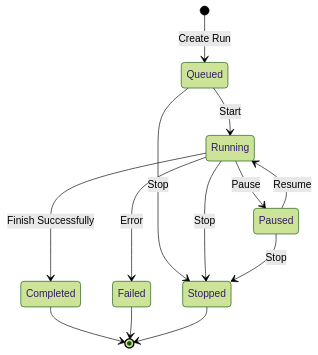
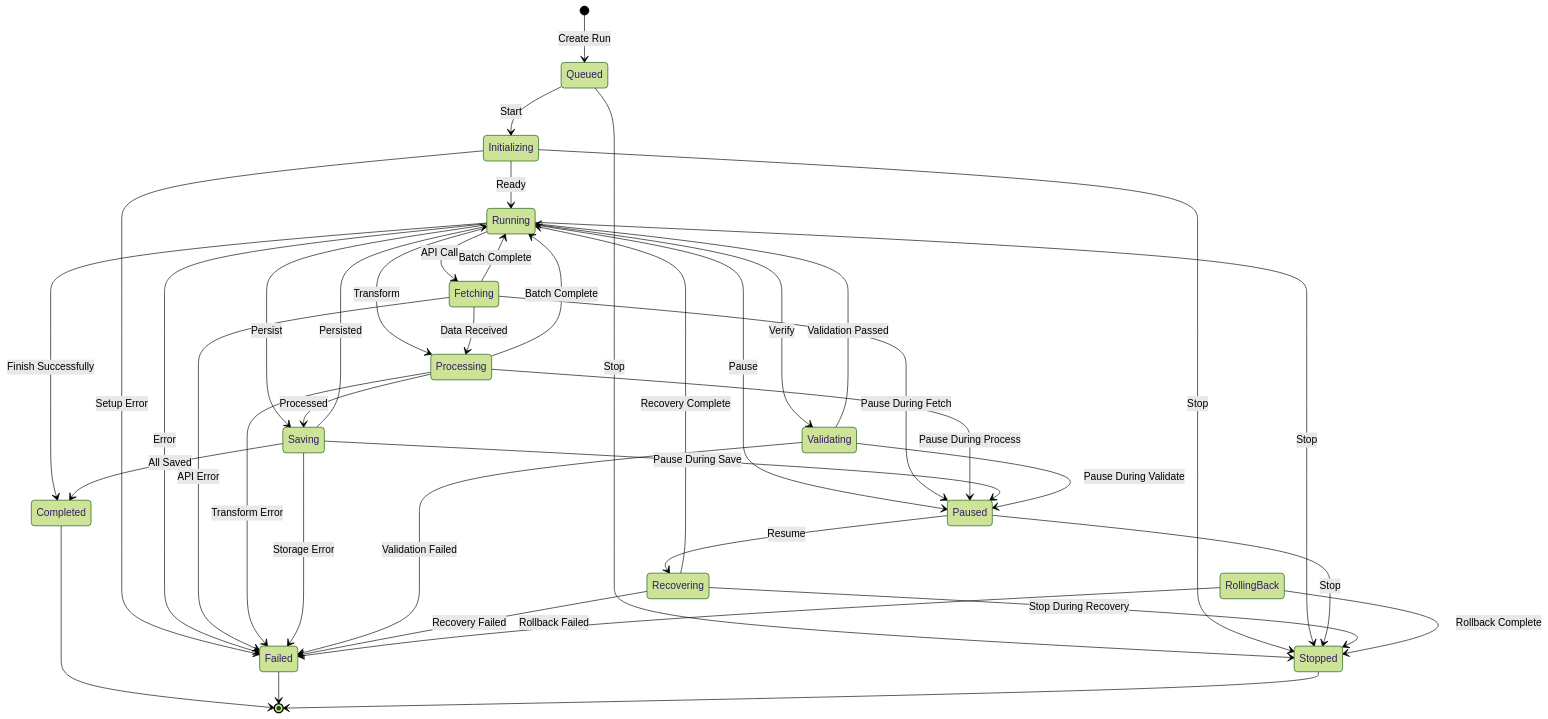
Before and after one commit to cyw0ng95/v2e: the second of 3 diagrams in README.md, drawn with Mermaid (forest theme). The commit also changed other lines of this file, not shown here.

````diff
--- a/README.md
+++ b/README.md
@@ -287,15 +295,42 @@
 ```mermaid
 stateDiagram-v2
     [*] --> Queued: Create Run
-    Queued --> Running: Start
+    Queued --> Initializing: Start
     Queued --> Stopped: Stop
+    Initializing --> Running: Ready
+    Initializing --> Failed: Setup Error
+    Initializing --> Stopped: Stop
     Running --> Paused: Pause
     Running --> Completed: Finish Successfully
     Running --> Failed: Error
     Running --> Stopped: Stop
-    Paused --> Running: Resume
+    Running --> Fetching: API Call
+    Running --> Processing: Transform
+    Running --> Saving: Persist
+    Running --> Validating: Verify
+    Fetching --> Processing: Data Received
+    Fetching --> Running: Batch Complete
+    Fetching --> Failed: API Error
+    Fetching --> Paused: Pause During Fetch
+    Processing --> Saving: Processed
+    Processing --> Running: Batch Complete
+    Processing --> Failed: Transform Error
+    Processing --> Paused: Pause During Process
+    Saving --> Running: Persisted
+    Saving --> Completed: All Saved
+    Saving --> Failed: Storage Error
+    Saving --> Paused: Pause During Save
+    Validating --> Running: Validation Passed
+    Validating --> Failed: Validation Failed
+    Validating --> Paused: Pause During Validate
+    Paused --> Recovering: Resume
     Paused --> Stopped: Stop
+    Recovering --> Running: Recovery Complete
+    Recovering --> Failed: Recovery Failed
+    Recovering --> Stopped: Stop During Recovery
     Completed --> [*]
     Failed --> [*]
     Stopped --> [*]
+    RollingBack --> Stopped: Rollback Complete
+    RollingBack --> Failed: Rollback Failed
 ```
````
